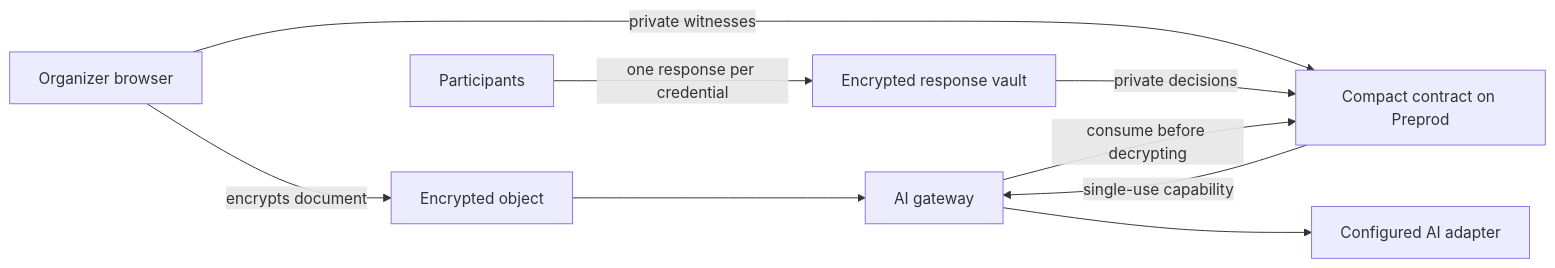
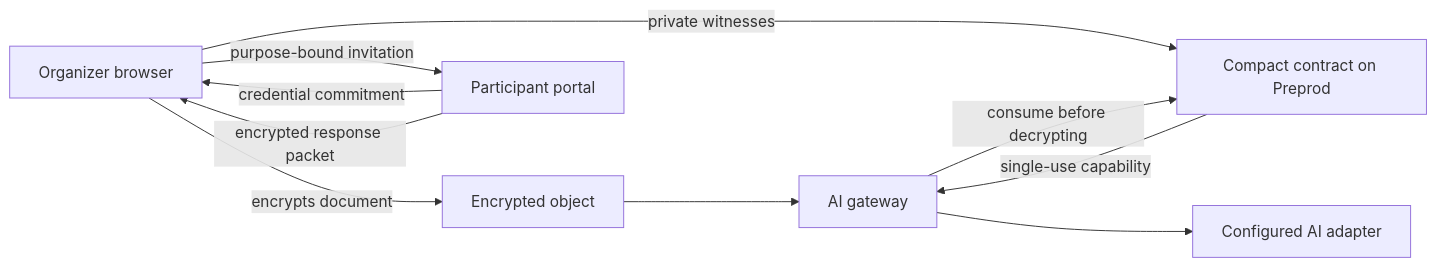
One commit to daveaire/veil-consent changed the diagram in README.md. Above: the diagram before and after it, drawn with Mermaid. The commit also changed other lines of this file and 11 other files, not shown here.

````diff
--- a/README.md
+++ b/README.md
@@ -41,11 +41,12 @@
 ```mermaid
 flowchart LR
   O[Organizer browser] -->|encrypts document| E[Encrypted object]
   O -->|private witnesses| C[Compact contract on Preprod]
-  P[Participants] -->|one response per credential| V[Encrypted response vault]
-  V -->|private decisions| C
+  P[Participant portal] -->|credential commitment| O
+  O -->|purpose-bound invitation| P
+  P -->|encrypted response packet| O
   C -->|single-use capability| G[AI gateway]
   E --> G
   G -->|consume before decrypting| C
   G --> A[Configured AI adapter]
 ```
````
